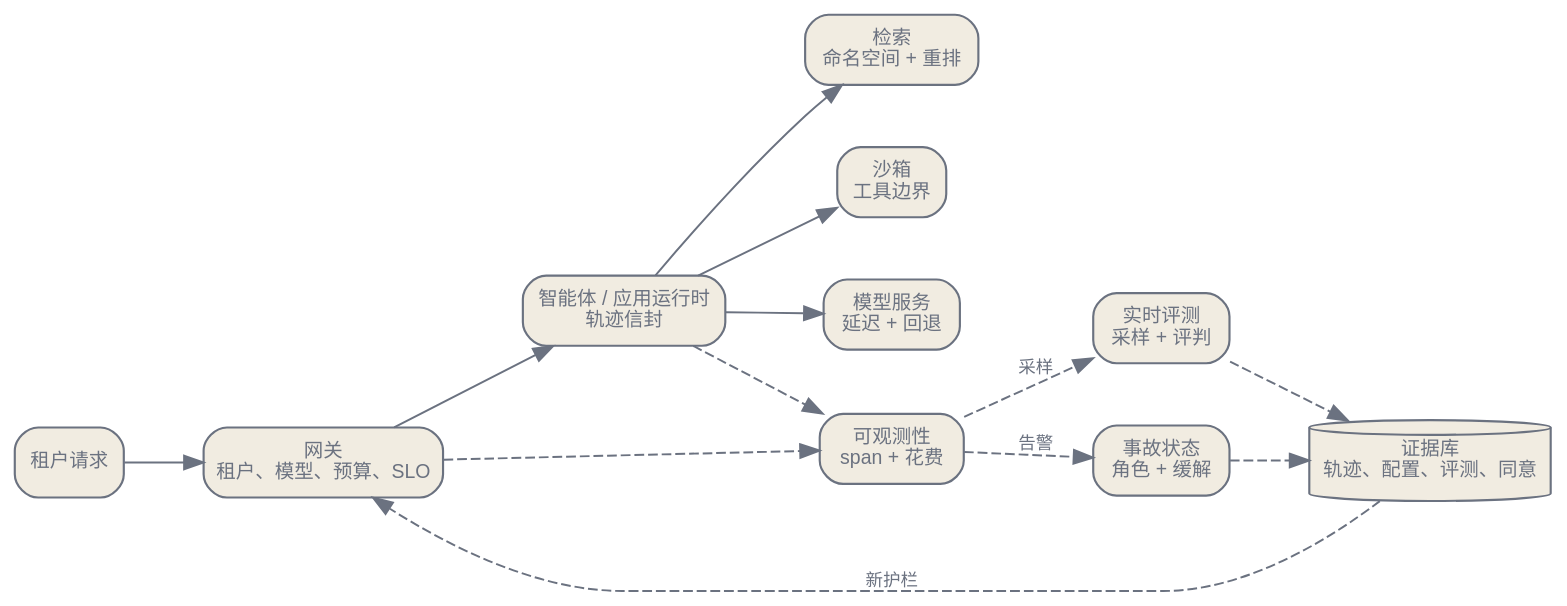
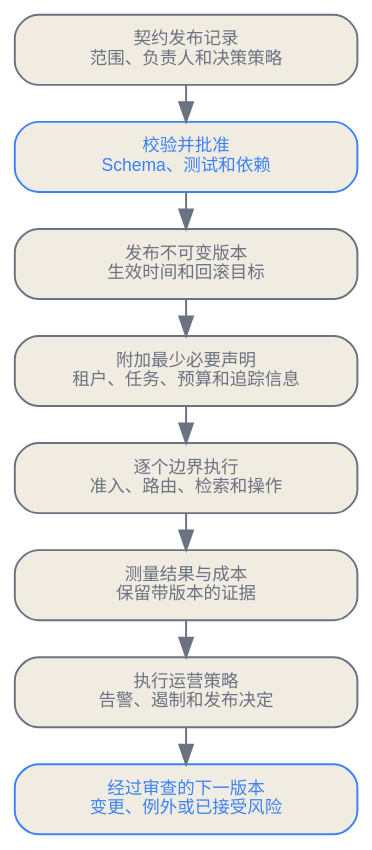
The first of 2 diagrams in zh/practice/13-operating-contracts.qmd (latere-ai/ai-as-an-infrastructure), drawn with Graphviz before and after one commit. The commit also changed other lines of this file and 2 other files, not shown here.

````diff
--- a/zh/practice/13-operating-contracts.qmd
+++ b/zh/practice/13-operating-contracts.qmd
@@ -23,34 +28,22 @@
 ```{dot}
 //| label: fig-operating-contracts-control-plane
-//| fig-cap: "作为控制面的运营契约。租户身份、SLO 目标、成本预算、事故状态和证据 ID 随请求同行，而不是留在彼此分离的表格里。"
+//| fig-cap: "带版本的运营契约经过审查和发布后，才由运行时边界执行。测量结果和事故记录会成为下一版本的审查证据，但不会静默改写当前策略。"
 digraph contracts {
   bgcolor="transparent";
-  rankdir=LR;
-  nodesep=0.45; ranksep=0.55;
-  node [shape=box, style="rounded,filled", fontname="Helvetica", fontsize=10, color="#6b7280", fontcolor="#6b7280", fillcolor="#f1ece1", penwidth=1.1];
-  edge [fontsize=9, fontname="Helvetica", color="#6b7280", fontcolor="#6b7280"];
+  rankdir=TB;
+  graph [nodesep=0.18, ranksep=0.26];
+  node [shape=box, style="rounded,filled", fontname="Helvetica", fontsize=9, color="#6b7280", fontcolor="#6b7280", fillcolor="#f1ece1", margin="0.09,0.06", width=2.45];
+  edge [fontsize=8, fontname="Helvetica", color="#6b7280", fontcolor="#6b7280"];
 
-  user [label="租户请求"];
-  gw [label="网关\n租户、模型、预算、SLO"];
-  app [label="智能体 / 应用运行时\n轨迹信封"];
-  rag [label="检索\n命名空间 + 重排"];
-  sbx [label="沙箱\n工具边界"];
-  model [label="模型服务\n延迟 + 回退"];
-  obs [label="可观测性\nspan + 花费"];
-  eval [label="实时评测\n采样 + 评判"];
-  inc [label="事故状态\n角色 + 缓解"];
-  data [label="证据库\n轨迹、配置、评测、同意", shape=cylinder];
+  record [label="契约发布记录\n范围、负责人和决策策略"];
+  review [label="校验并批准\nSchema、测试和依赖", color="#3b82f6", fontcolor="#3b82f6"];
+  publish [label="发布不可变版本\n生效时间和回滚目标"];
+  claims [label="附加最少必要声明\n租户、任务、预算和追踪信息"];
+  enforce [label="逐个边界执行\n准入、路由、检索和操作"];
+  observe [label="测量结果与成本\n保留带版本的证据"];
+  decide [label="执行运营策略\n告警、遏制和发布决定"];
+  next [label="经过审查的下一版本\n变更、例外或已接受风险", color="#3b82f6", fontcolor="#3b82f6"];
 
-  user -> gw -> app;
-  app -> rag;
-  app -> sbx;
-  app -> model;
-  gw -> obs [style=dashed];
-  app -> obs [style=dashed];
-  obs -> eval [style=dashed, label="采样"];
-  obs -> inc [style=dashed, label="告警"];
-  eval -> data [style=dashed];
-  inc -> data [style=dashed];
-  data -> gw [style=dashed, label="新护栏"];
+  record -> review -> publish -> claims -> enforce -> observe -> decide -> next;
 }
 ```
````
